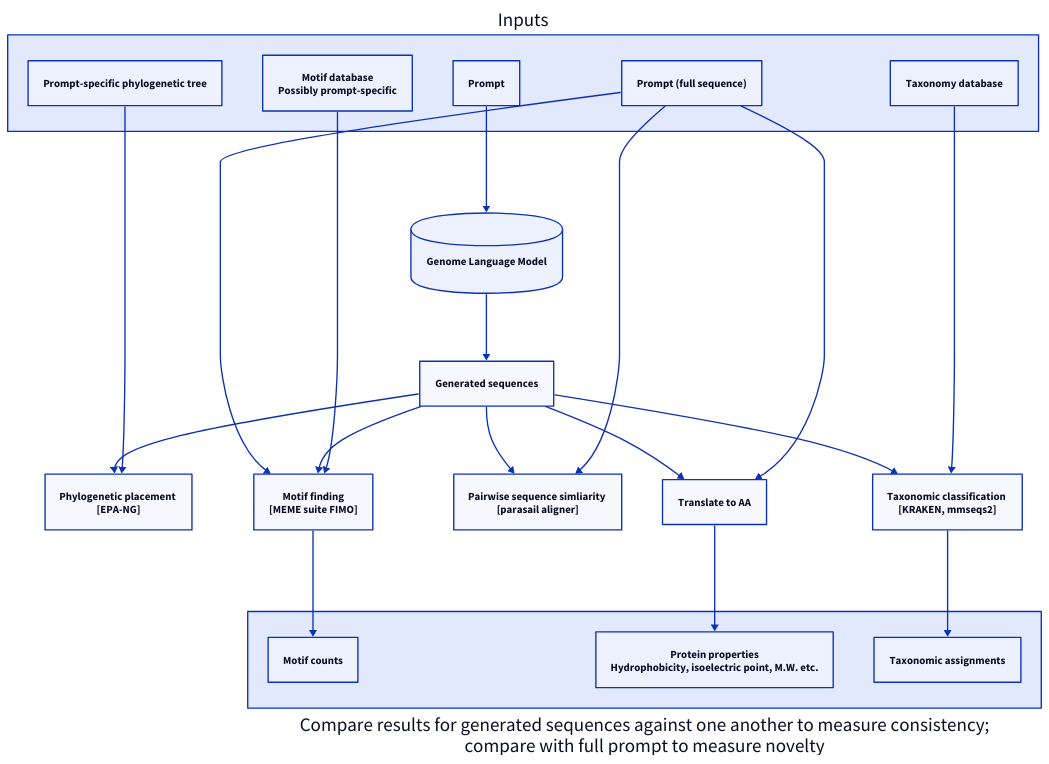
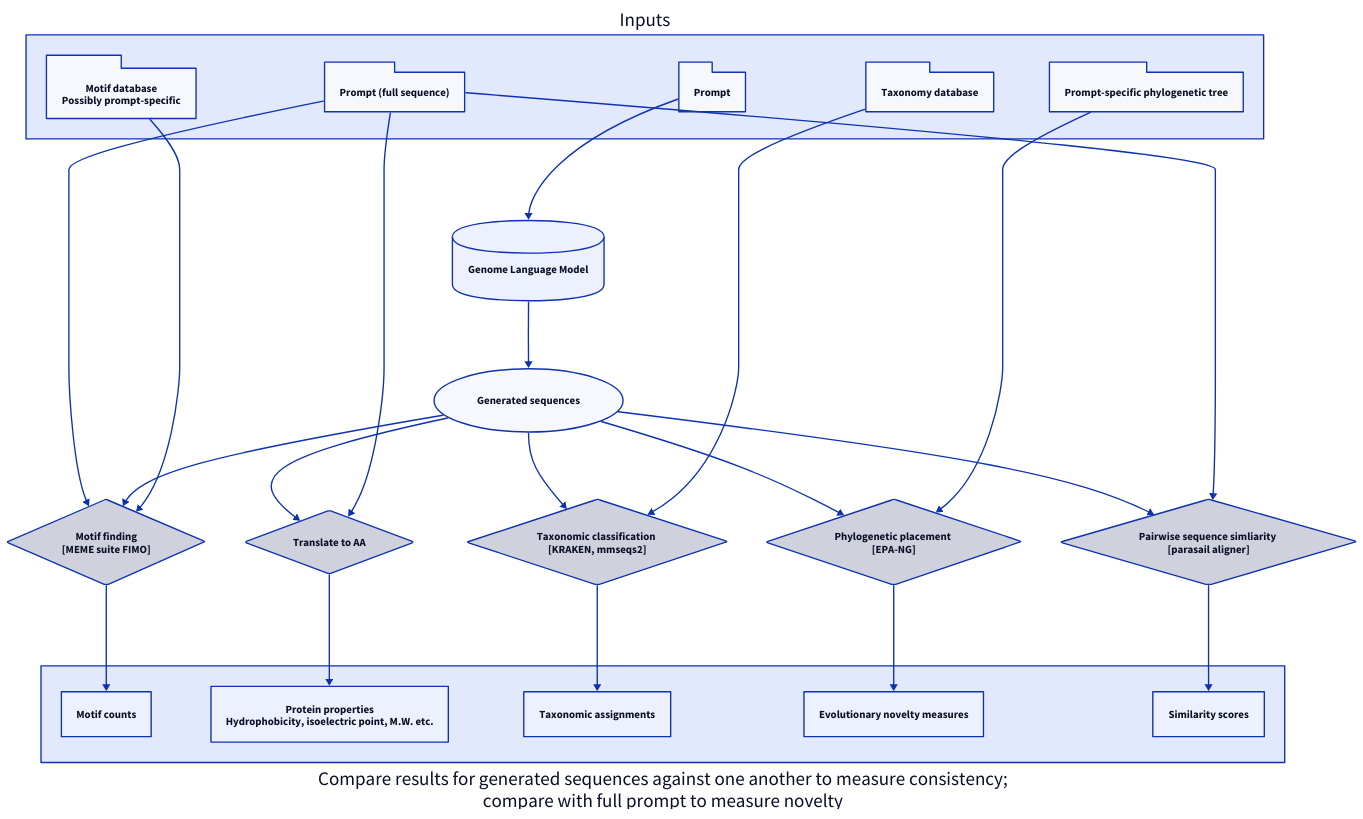
Before and after one commit to SJ-31/amr_predict: the diagram in snakemake/gen_bias/workflow.d2, drawn with D2. The commit also changed 1 other file, not shown here.

Commit message:
chore: update workflow diagram

```diff
--- a/snakemake/gen_bias/workflow.d2
+++ b/snakemake/gen_bias/workflow.d2
@@ -1,37 +1,38 @@
 g: Genome Language Model {shape: cylinder}
-s: Generated sequences
+s: Generated sequences {shape: oval}
 
-pl: Phylogenetic placement \n\[EPA-NG\]
-cls: Taxonomic classification \n\[KRAKEN, mmseqs2\]
-sim: Pairwise sequence simliarity \n\[parasail aligner\]
+pl: Phylogenetic placement \n\[EPA-NG\] {shape: diamond}
+cls: Taxonomic classification \n\[KRAKEN, mmseqs2\] {shape: diamond}
+sim: Pairwise sequence simliarity \n\[parasail aligner\] {shape: diamond}
+trans: Translate to AA {shape: diamond}
+msearch: Motif finding\n\[MEME suite FIMO\] {shape: diamond}
 
 Inputs: {
-  tree: Prompt-specific phylogenetic tree
-  p: Prompt
-  og: Prompt (full sequence)
-  db: Taxonomy database
-  mdb: Motif database\nPossibly prompt-specific
+  tree: Prompt-specific phylogenetic tree {shape: package}
+  p: Prompt {shape: package}
+  og: Prompt (full sequence) {shape: package}
+  db: Taxonomy database {shape: package}
+  mdb: Motif database\nPossibly prompt-specific {shape: package}
 }
-
-trans: Translate to AA
-msearch: Motif finding\n\[MEME suite FIMO\]
 
 Inputs.p -> g -> s
 s -> sim
 Inputs.og -> sim
 s -> pl
 Inputs.tree -> pl
 s -> cls
 Inputs.db -> cls
 Inputs.og -> msearch
 s -> msearch
 Inputs.mdb -> msearch
 s -> trans
 Inputs.og -> trans
 
 cns: Compare results for generated sequences against one another to measure consistency\;\ncompare with full prompt to measure novelty {
   label.near: outside-bottom-center
   _.msearch -> Motif counts
   _.trans -> "Protein properties\nHydrophobicity, isoelectric point, M.W. etc."
   _.cls -> Taxonomic assignments
+  _.pl -> "Evolutionary novelty measures"
+  _.sim -> "Similarity scores"
 }
```
